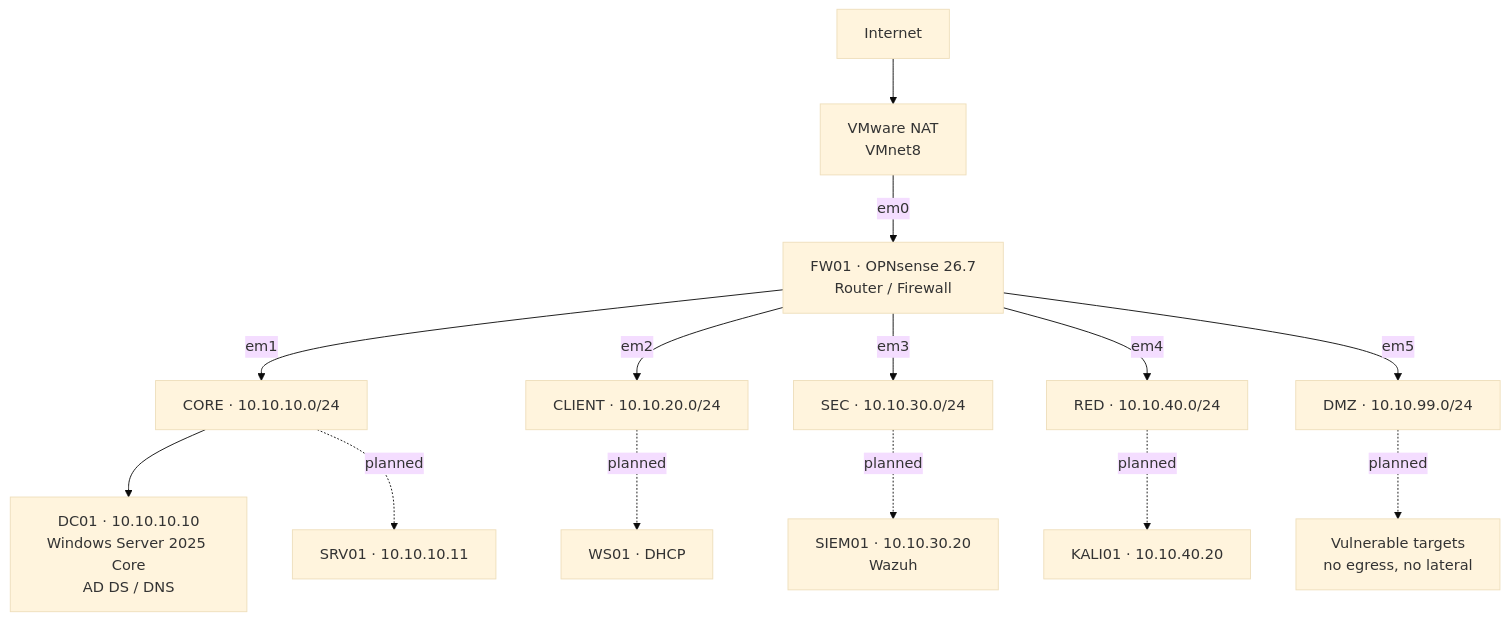
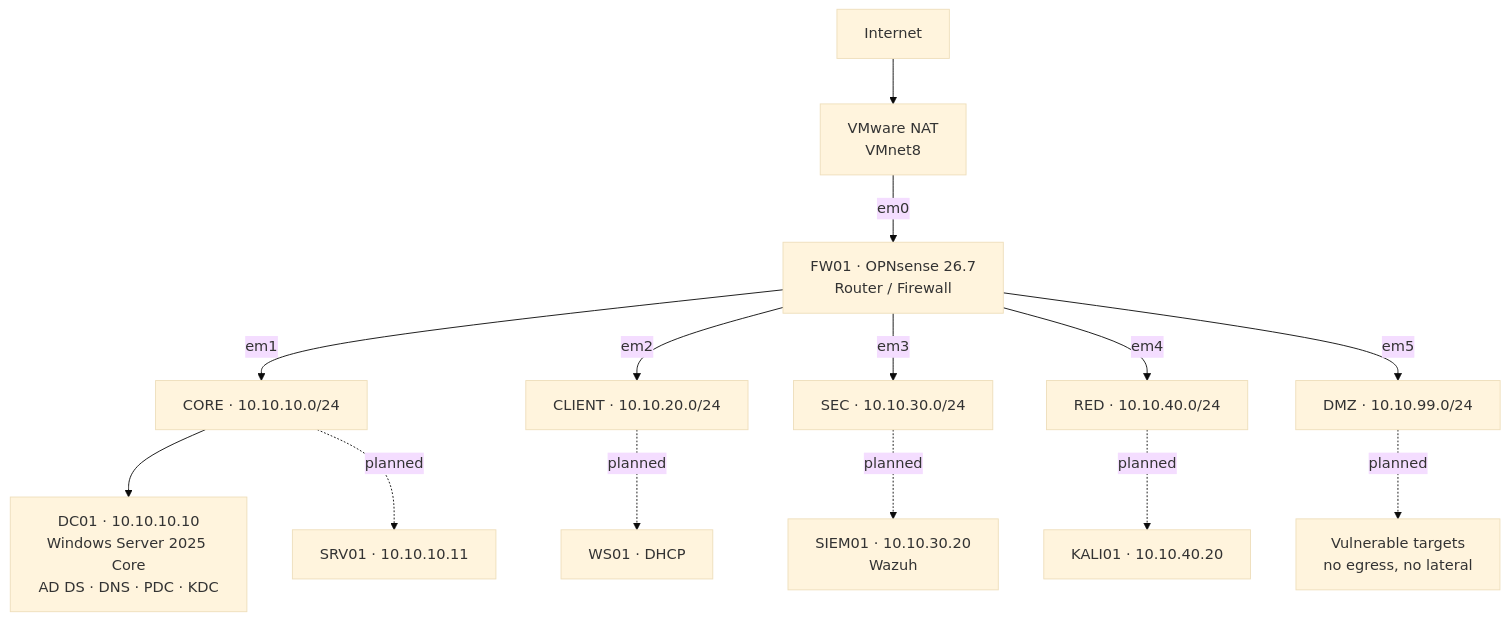
Before and after one commit to Icejandeperio/VaultLab-IT-Infrastructure-Learning: the diagram in README.md, drawn with Mermaid (base theme). The commit also changed other lines of this file, not shown here.

````diff
--- a/README.md
+++ b/README.md
@@ -14,17 +14,17 @@
 ```mermaid
 graph TD
     NET[Internet] --> NAT[VMware NAT<br/>VMnet8]
     NAT -->|em0| FW[FW01 · OPNsense 26.7<br/>Router / Firewall]
     FW -->|em1| CORE[CORE · 10.10.10.0/24]
     FW -->|em2| CLIENT[CLIENT · 10.10.20.0/24]
     FW -->|em3| SEC[SEC · 10.10.30.0/24]
     FW -->|em4| RED[RED · 10.10.40.0/24]
     FW -->|em5| DMZ[DMZ · 10.10.99.0/24]
 
-    CORE --> DC01[DC01 · 10.10.10.10<br/>Windows Server 2025 Core<br/>AD DS / DNS]
+    CORE --> DC01[DC01 · 10.10.10.10<br/>Windows Server 2025 Core<br/>AD DS · DNS · PDC · KDC]
     CORE -.planned.-> SRV01[SRV01 · 10.10.10.11]
     CLIENT -.planned.-> WS01[WS01 · DHCP]
     SEC -.planned.-> SIEM01[SIEM01 · 10.10.30.20<br/>Wazuh]
     RED -.planned.-> KALI01[KALI01 · 10.10.40.20]
     DMZ -.planned.-> TGT[Vulnerable targets<br/>no egress, no lateral]
 ```
````
